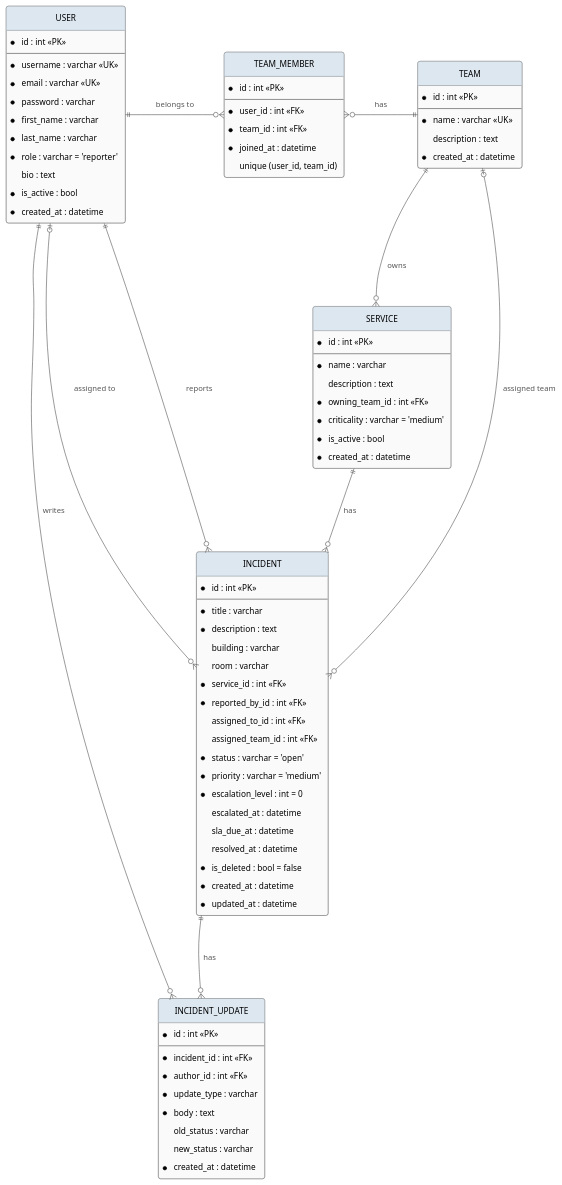
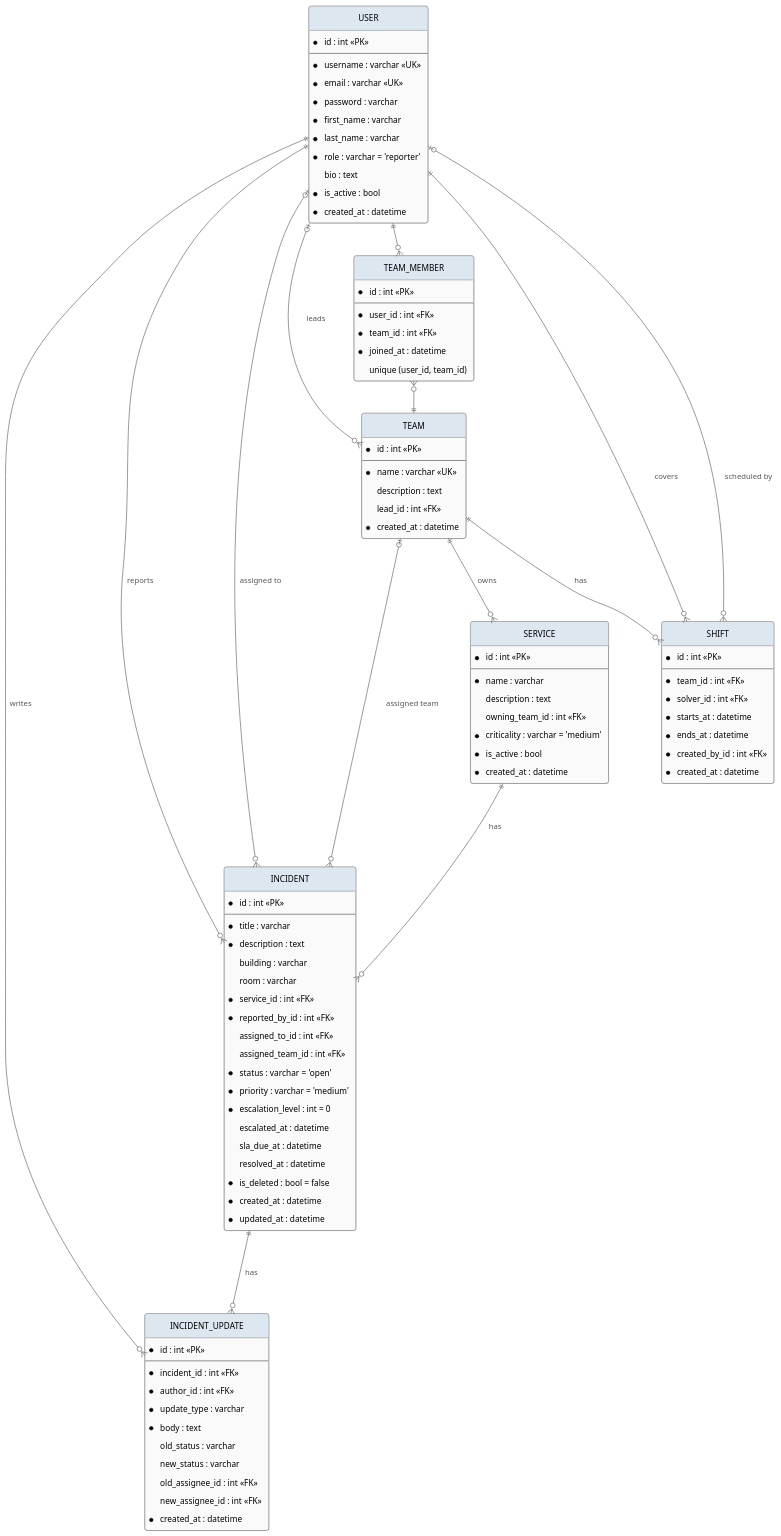
One commit to ZiedRbd/COSC-3339-Fall-2026-Term-Project changed the diagram in docs/er-diagram.puml. Above: the diagram before and after it, drawn with PlantUML. The commit also changed 6 other files, not shown here.

Commit message:
Seed a service with no owning team; bring README and diagrams up to Sprint 3

```diff
--- a/docs/er-diagram.puml
+++ b/docs/er-diagram.puml
@@ -1,118 +1,138 @@
 @startuml Campus IT Help Desk ER
 hide circle
 skinparam nodesep 90
 skinparam ranksep 110
 skinparam padding 6
 skinparam roundCorner 8
 skinparam shadowing false
 skinparam ArrowColor #555555
 skinparam ArrowFontColor #555555
 skinparam class {
   BackgroundColor #FAFAFA
   BorderColor #444444
   HeaderBackgroundColor #DDE7F0
 }
 
 ' ── People & groups ─────────────────────────────
 
 entity "USER" as user {
   * id : int <<PK>>
   --
   * username : varchar <<UK>>
   * email : varchar <<UK>>
   * password : varchar
   * first_name : varchar
   * last_name : varchar
   * role : varchar = 'reporter'
     bio : text
   * is_active : bool
   * created_at : datetime
 }
 
 entity "TEAM_MEMBER" as tm {
   * id : int <<PK>>
   --
   * user_id : int <<FK>>
   * team_id : int <<FK>>
   * joined_at : datetime
   unique (user_id, team_id)
 }
 
 entity "TEAM" as team {
   * id : int <<PK>>
   --
   * name : varchar <<UK>>
     description : text
+    lead_id : int <<FK>>
   * created_at : datetime
 }
 
 ' ── What we support ─────────────────────────────
 
 entity "SERVICE" as service {
   * id : int <<PK>>
   --
   * name : varchar
     description : text
-  * owning_team_id : int <<FK>>
+    owning_team_id : int <<FK>>
   * criticality : varchar = 'medium'
   * is_active : bool
   * created_at : datetime
 }
 
 ' ── Tickets ─────────────────────────────────────
 
 entity "INCIDENT" as incident {
   * id : int <<PK>>
   --
   * title : varchar
   * description : text
     building : varchar
     room : varchar
   * service_id : int <<FK>>
   * reported_by_id : int <<FK>>
     assigned_to_id : int <<FK>>
     assigned_team_id : int <<FK>>
   * status : varchar = 'open'
   * priority : varchar = 'medium'
   * escalation_level : int = 0
     escalated_at : datetime
     sla_due_at : datetime
     resolved_at : datetime
   * is_deleted : bool = false
   * created_at : datetime
   * updated_at : datetime
 }
 
 entity "INCIDENT_UPDATE" as upd {
   * id : int <<PK>>
   --
   * incident_id : int <<FK>>
   * author_id : int <<FK>>
   * update_type : varchar
   * body : text
     old_status : varchar
     new_status : varchar
+    old_assignee_id : int <<FK>>
+    new_assignee_id : int <<FK>>
   * created_at : datetime
 }
 
 ' ── Layout: users/teams on top, tickets below ───
 
 user     -[hidden]right-  tm
 tm       -[hidden]right-  team
 team     -[hidden]down-   service
 service  -[hidden]down-   incident
 incident -[hidden]down-   upd
 
 ' ── Relationships ───────────────────────────────
 
 user     ||--o{ tm       : belongs to
 team     ||--o{ tm       : has
 team     ||--o{ service  : owns
 service  ||--o{ incident : has
 user     ||--o{ incident : reports
 user     |o--o{ incident : assigned to
 team     |o--o{ incident : assigned team
 incident ||--o{ upd      : has
 user     ||--o{ upd      : writes
 
+
+entity "SHIFT" as shift {
+  * id : int <<PK>>
+  --
+  * team_id : int <<FK>>
+  * solver_id : int <<FK>>
+  * starts_at : datetime
+  * ends_at : datetime
+  * created_by_id : int <<FK>>
+  * created_at : datetime
+}
+
+team ||--o{ shift : "has"
+user ||--o{ shift : "covers"
+user |o--o{ team : "leads"
+user |o--o{ shift : "scheduled by"
+
 @enduml
```
